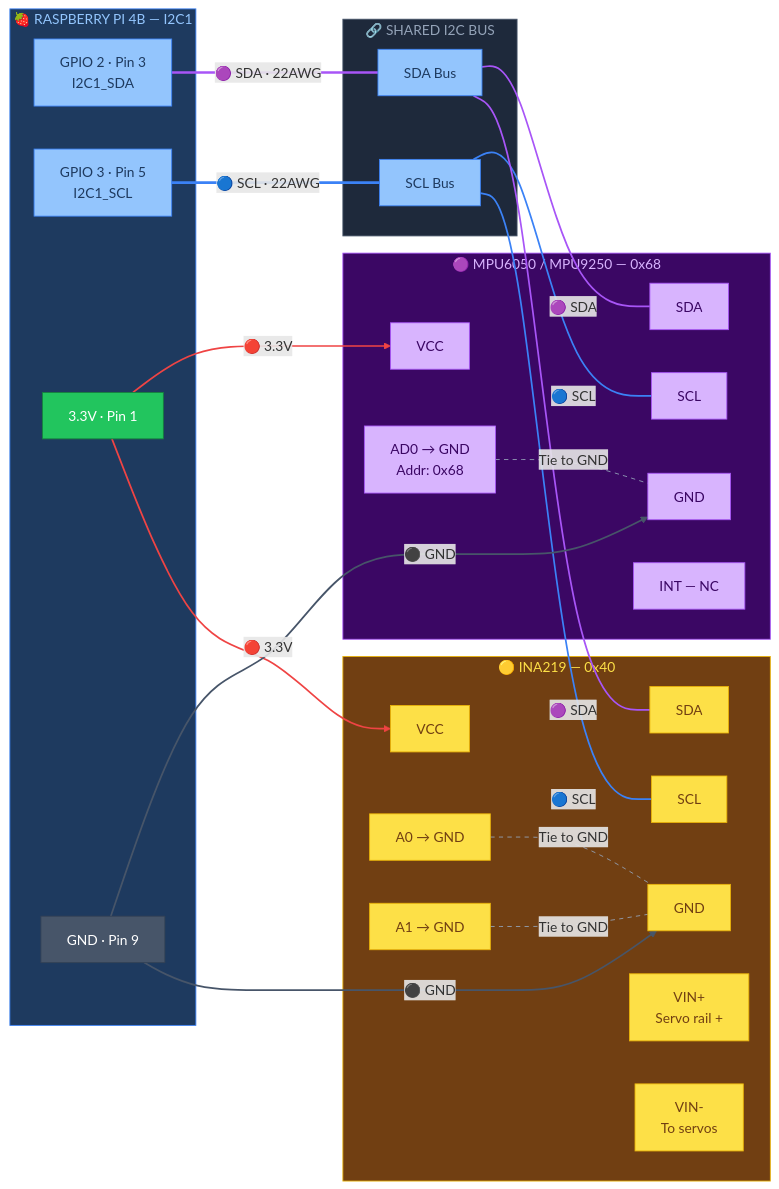
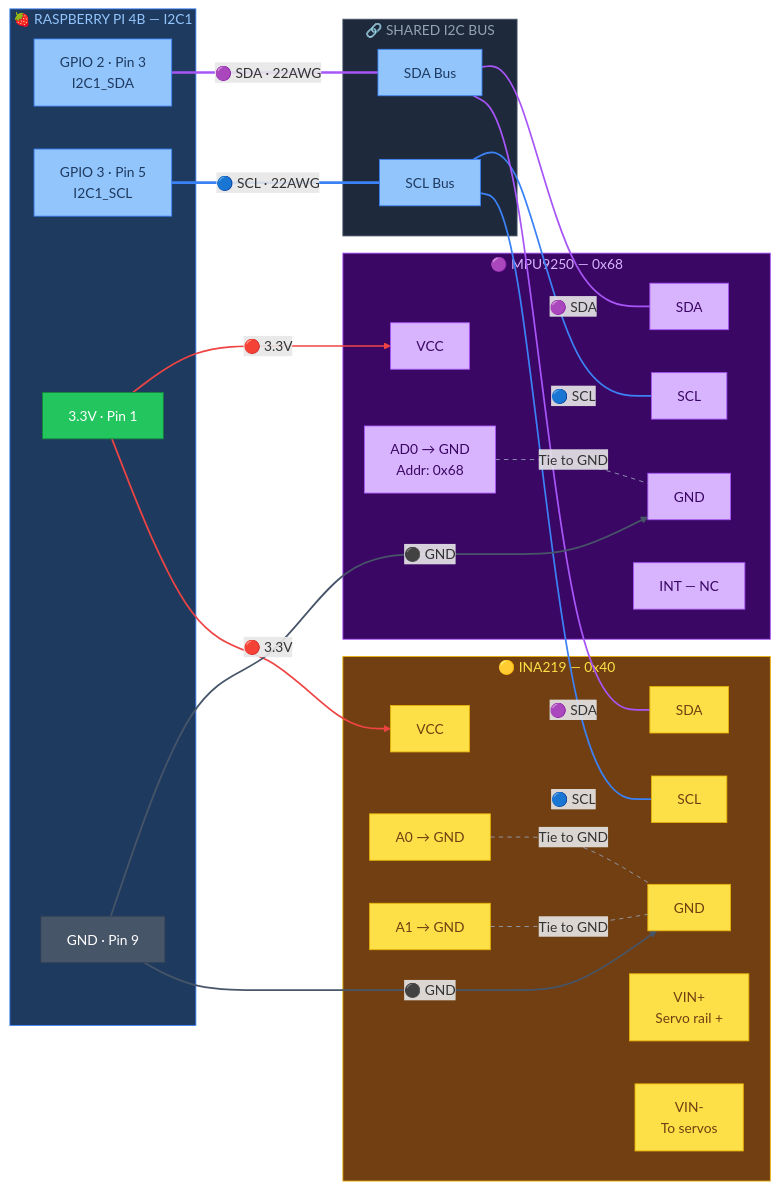
One commit to Major-Project-001/VIGIL-RQ changed the first of 2 diagrams in control/docs/wiring_i2c.md. Above: the diagram before and after it, drawn with Mermaid. The commit also changed other lines of this file and 5 other files, not shown here.

Commit message:
docs: standardize IMU references to MPU9250 across all files

````diff
--- a/control/docs/wiring_i2c.md
+++ b/control/docs/wiring_i2c.md
@@ -7,78 +7,78 @@
 ```mermaid
 graph LR
     classDef rpiPin fill:#93c5fd,stroke:#3b82f6,color:#1e3a5f
     classDef imuPin fill:#d8b4fe,stroke:#a855f7,color:#3b0764
     classDef inaPin fill:#fde047,stroke:#eab308,color:#713f12
     classDef gnd fill:#475569,stroke:#334155,color:#fff
     classDef vcc fill:#22c55e,stroke:#15803d,color:#fff
 
     subgraph RPI_I2C["🍓 RASPBERRY PI 4B — I2C1"]
         RPI_SDA["GPIO 2 · Pin 3<br/>I2C1_SDA"]:::rpiPin
         RPI_SCL["GPIO 3 · Pin 5<br/>I2C1_SCL"]:::rpiPin
         RPI_3V3_I2C["3.3V · Pin 1"]:::vcc
         RPI_GND_I2C["GND · Pin 9"]:::gnd
     end
 
-    subgraph IMU_BLOCK["🟣 MPU6050 / MPU9250 — 0x68"]
+    subgraph IMU_BLOCK["🟣 MPU9250 — 0x68"]
         IMU_SDA["SDA"]:::imuPin
         IMU_SCL["SCL"]:::imuPin
         IMU_VCC["VCC"]:::imuPin
         IMU_GND["GND"]:::imuPin
         IMU_AD0["AD0 → GND<br/>Addr: 0x68"]:::imuPin
         IMU_INT["INT — NC"]:::imuPin
     end
 
     subgraph INA_BLOCK["🟡 INA219 — 0x40"]
         INA_SDA["SDA"]:::inaPin
         INA_SCL["SCL"]:::inaPin
         INA_VCC["VCC"]:::inaPin
         INA_GND["GND"]:::inaPin
         INA_VINP["VIN+<br/>Servo rail +"]:::inaPin
         INA_VINN["VIN-<br/>To servos"]:::inaPin
         INA_A0["A0 → GND"]:::inaPin
         INA_A1["A1 → GND"]:::inaPin
     end
 
     subgraph I2C_BUS["🔗 SHARED I2C BUS"]
         BUS_SDA["SDA Bus"]:::rpiPin
         BUS_SCL["SCL Bus"]:::rpiPin
     end
 
     %% RPi → I2C bus (links 0-1)
     RPI_SDA ===|"🟣 SDA · 22AWG"| BUS_SDA
     RPI_SCL ===|"🔵 SCL · 22AWG"| BUS_SCL
 
     %% I2C bus → IMU (links 2-3)
     BUS_SDA ---|"🟣 SDA"| IMU_SDA
     BUS_SCL ---|"🔵 SCL"| IMU_SCL
 
     %% I2C bus → INA219 (links 4-5)
     BUS_SDA ---|"🟣 SDA"| INA_SDA
     BUS_SCL ---|"🔵 SCL"| INA_SCL
 
     %% Power (links 6-9)
     RPI_3V3_I2C -->|"🔴 3.3V"| IMU_VCC
     RPI_3V3_I2C -->|"🔴 3.3V"| INA_VCC
     RPI_GND_I2C -->|"⚫ GND"| IMU_GND
     RPI_GND_I2C -->|"⚫ GND"| INA_GND
 
     %% Address config (links 10-12)
     IMU_AD0 -.-|"Tie to GND"| IMU_GND
     INA_A0 -.-|"Tie to GND"| INA_GND
     INA_A1 -.-|"Tie to GND"| INA_GND
 
     linkStyle 0 stroke:#a855f7,stroke-width:3px
     linkStyle 1 stroke:#3b82f6,stroke-width:3px
     linkStyle 2 stroke:#a855f7,stroke-width:2px
     linkStyle 3 stroke:#3b82f6,stroke-width:2px
     linkStyle 4 stroke:#a855f7,stroke-width:2px
     linkStyle 5 stroke:#3b82f6,stroke-width:2px
     linkStyle 6,7 stroke:#ef4444,stroke-width:2px
     linkStyle 8,9 stroke:#475569,stroke-width:2px
     linkStyle 10,11,12 stroke:#94a3b8,stroke-width:1px,stroke-dasharray:5
 
     style RPI_I2C fill:#1e3a5f,stroke:#3b82f6,color:#93c5fd
     style IMU_BLOCK fill:#3b0764,stroke:#a855f7,color:#d8b4fe
     style INA_BLOCK fill:#713f12,stroke:#eab308,color:#fde047
     style I2C_BUS fill:#1e293b,stroke:#475569,color:#94a3b8
 ```
````
